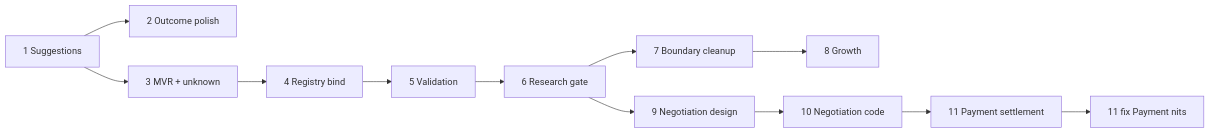
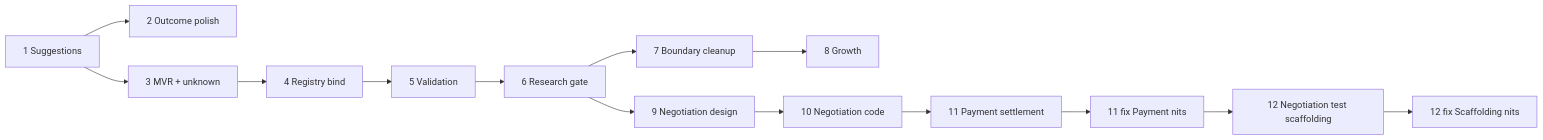
The diagram in docs/plans/entity-protocol-and-registry-program.md (myceliumdata/mycelium), drawn with Mermaid before and after one commit. The commit also changed other lines of this file and 30 other files, not shown here.

First line of the commit message:
Add metering negotiation test scaffolding (Slice 12).

````diff
--- a/docs/plans/entity-protocol-and-registry-program.md
+++ b/docs/plans/entity-protocol-and-registry-program.md
@@ -357,27 +387,31 @@
 ```mermaid
 flowchart LR
   S1[1 Suggestions]
   S2[2 Outcome polish]
   S3[3 MVR + unknown]
   S4[4 Registry bind]
   S5[5 Validation]
   S6[6 Research gate]
   S7[7 Boundary cleanup]
   S8[8 Growth]
   S9[9 Negotiation design]
   S10[10 Negotiation code]
   S11[11 Payment settlement]
   S11f[11 fix Payment nits]
+  S12[12 Negotiation test scaffolding]
+  S12f[12 fix Scaffolding nits]
 
   S1 --> S2
   S1 --> S3
   S3 --> S4
   S4 --> S5
   S5 --> S6
   S6 --> S7
   S7 --> S8
   S6 --> S9
   S9 --> S10
   S10 --> S11
   S11 --> S11f
+  S11f --> S12
+  S12 --> S12f
 ```
````
